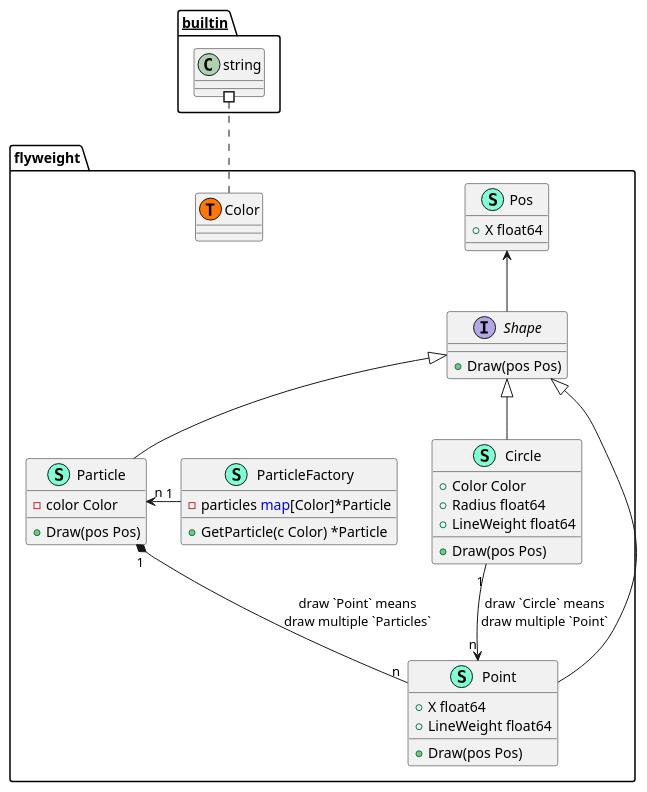
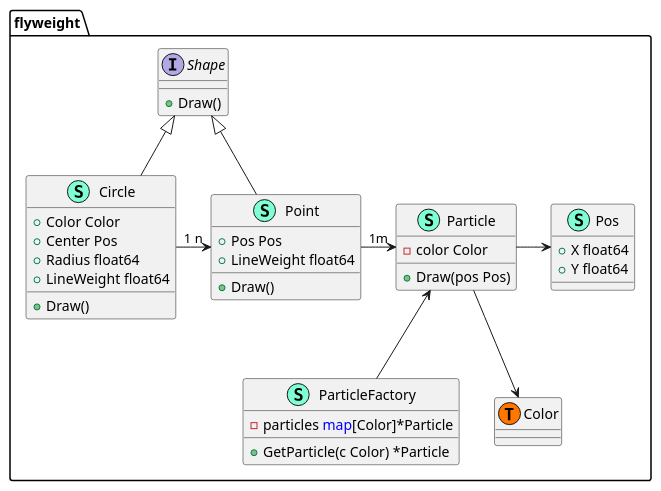
One commit to hitzhangjie/go-patterns changed the diagram in structural/6_flyweight/file.puml. Above: the diagram before and after it, drawn with PlantUML. The commit also changed 2 other files, not shown here.

Commit message:
flyweight: simplify demo

```diff
--- a/structural/6_flyweight/file.puml
+++ b/structural/6_flyweight/file.puml
@@ -1,51 +1,53 @@
 @startuml
 namespace flyweight {
     class Circle << (S,Aquamarine) >> {
         + Color Color
+        + Center Pos
         + Radius float64
         + LineWeight float64
 
-        + Draw(pos Pos) 
+        + Draw() 
 
     }
     class Particle << (S,Aquamarine) >> {
         - color Color
 
         + Draw(pos Pos) 
 
     }
     class ParticleFactory << (S,Aquamarine) >> {
         - particles <font color=blue>map</font>[Color]*Particle
 
         + GetParticle(c Color) *Particle
 
     }
     class Point << (S,Aquamarine) >> {
-        + X float64
+        + Pos Pos
         + LineWeight float64
 
-        + Draw(pos Pos) 
+        + Draw() 
 
     }
     class Pos << (S,Aquamarine) >> {
         + X float64
+        + Y float64
 
     }
     interface Shape  {
-        + Draw(pos Pos) 
+        + Draw() 
 
     }
     class flyweight.Color << (T, #FF7700) >>  {
     }
 }
-"flyweight.Particle" "1" *-- "n" "flyweight.Point": draw `Point` means\ndraw multiple `Particles`
+
+"flyweight.ParticleFactory" -up-> "flyweight.Particle"
+"flyweight.Point" "1" -right-> "m" "flyweight.Particle"
+"flyweight.Circle" "1" -right-> "n" "flyweight.Point"
+"flyweight.Particle" -right-> "flyweight.Pos"
+"flyweight.Particle" --> "flyweight.Color"
 
 "flyweight.Shape" <|-- "flyweight.Circle"
-"flyweight.Shape" <|-- "flyweight.Particle"
-"flyweight.Shape" <|-- "flyweight.Point" 
-"flyweight.Shape" -up-> "flyweight.Pos"
-"flyweight.Circle" "1" --> "n" "flyweight.Point": draw `Circle` means\ndraw multiple `Point`
-"flyweight.ParticleFactory" "1" -left-> "n" "flyweight.Particle"
+"flyweight.Shape" <|-- "flyweight.Point"
 
-"__builtin__.string" #.. "flyweight.Color"
 @enduml
```
